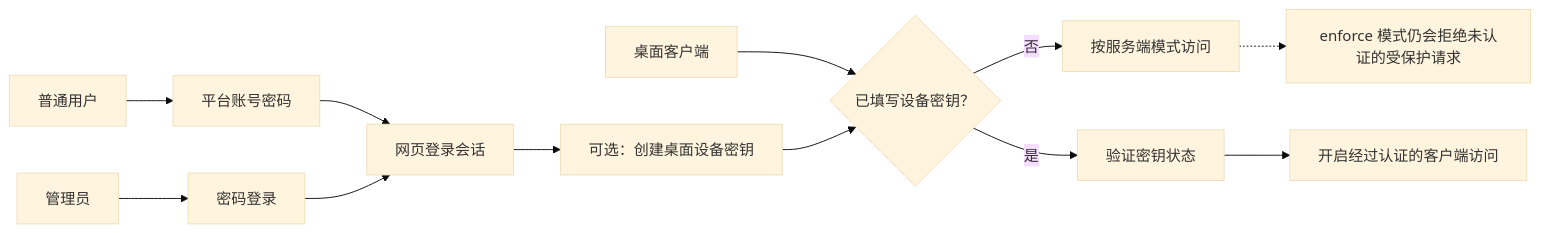
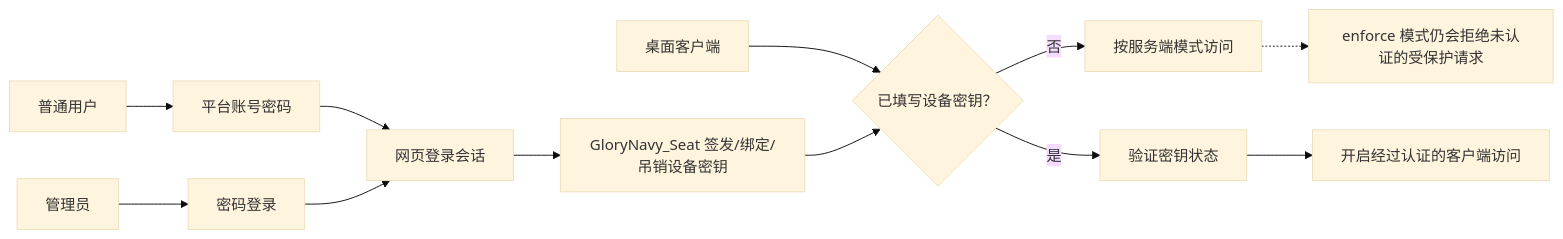
Before and after one commit to xiaqijun/eve-sentry: the third of 3 diagrams in client/README.md, drawn with Mermaid (base theme). The commit also changed other lines of this file and 13 other files, not shown here.

````diff
--- a/client/README.md
+++ b/client/README.md
@@ -74,16 +74,16 @@
 ```mermaid
 flowchart LR
     member["普通用户"] --> password["平台账号密码"]
     password --> session["网页登录会话"]
 
     admin["管理员"] --> admin_password["密码登录"]
     admin_password --> session
 
-    session --> key["可选：创建桌面设备密钥"]
+    session --> seat["GloryNavy_Seat 签发/绑定/吊销设备密钥"]
     client["桌面客户端"] --> configured{"已填写设备密钥？"}
     configured -->|"否"| anonymous["按服务端模式访问"]
     configured -->|"是"| keycheck["验证密钥状态"]
-    key --> configured
+    seat --> configured
     keycheck --> access["开启经过认证的客户端访问"]
     anonymous -.-> policy["enforce 模式仍会拒绝未认证的受保护请求"]
 ```
````
